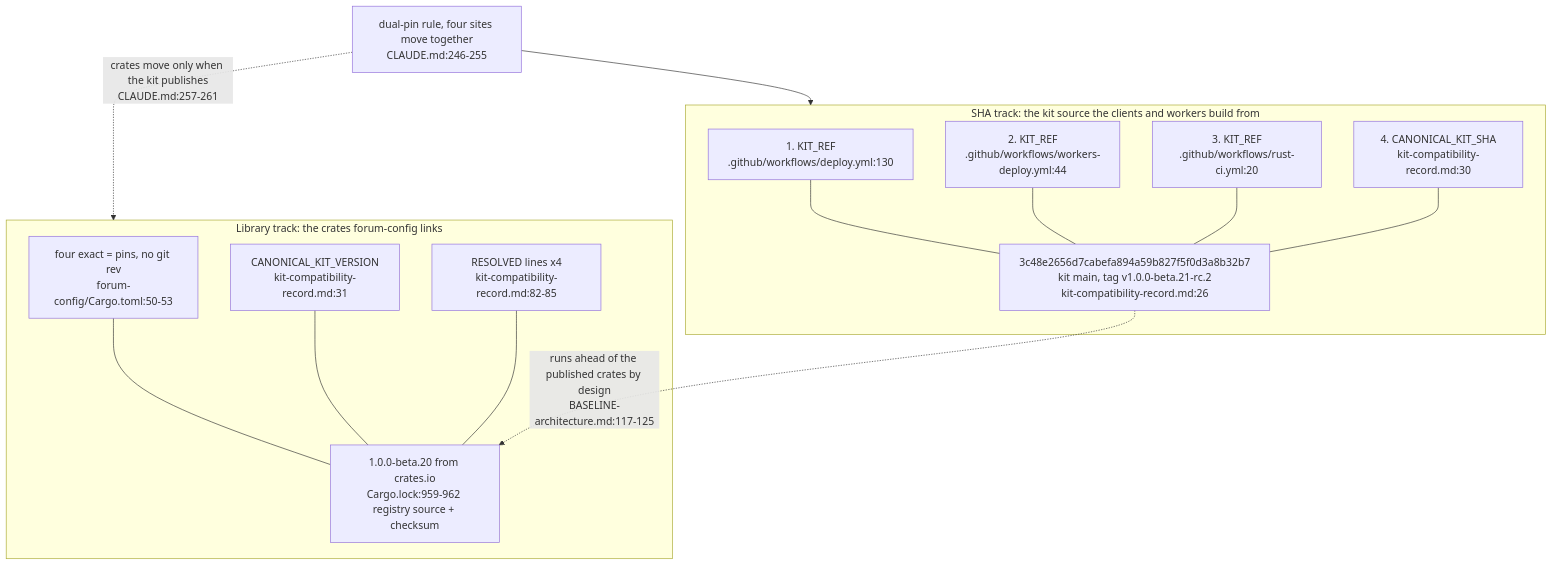
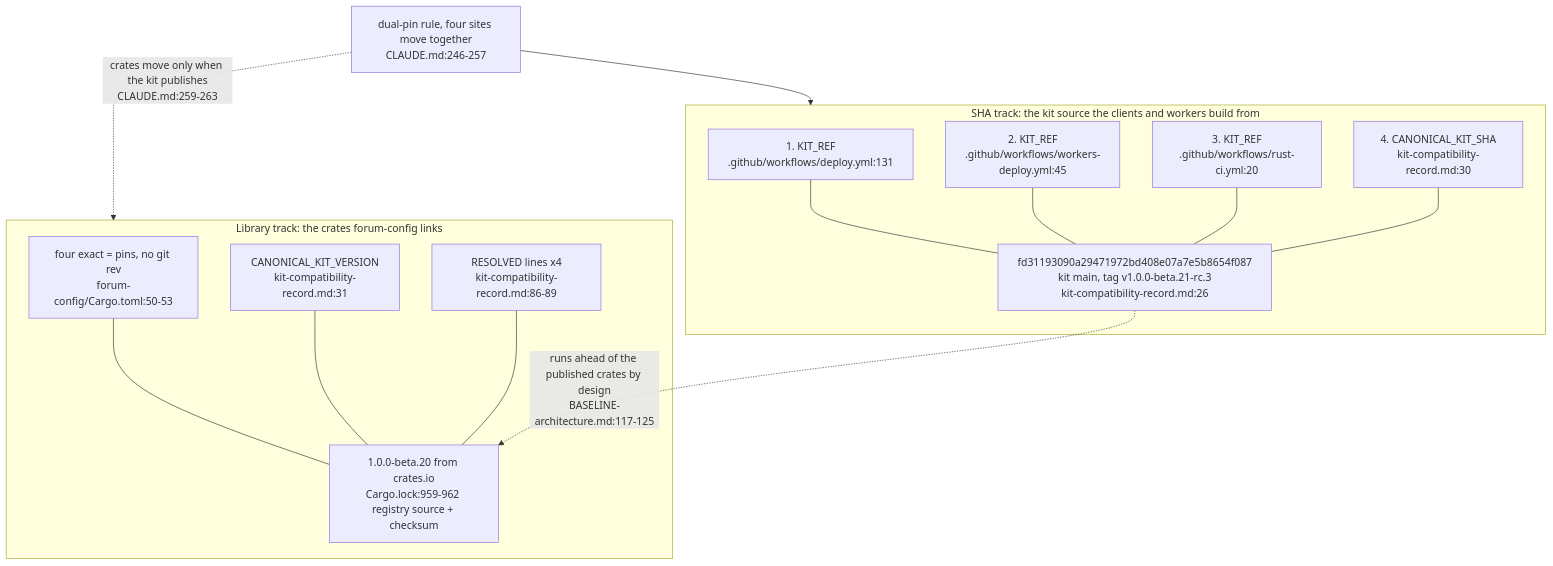
The fourth of 7 diagrams in docs/diagrams/dreamlab-ai-website/01-repo-composition-and-deploy-topology.md (DreamLab-AI/VisionFlow), drawn with Mermaid before and after one commit. The commit also changed other lines of this file and 8 other files, not shown here.

First line of the commit message:
diagrams(dreamlab-ai-website): re-verify DW-01..08 and DW-10 at e255b2b

````diff
--- a/docs/diagrams/dreamlab-ai-website/01-repo-composition-and-deploy-topology.md
+++ b/docs/diagrams/dreamlab-ai-website/01-repo-composition-and-deploy-topology.md
@@ -68,18 +68,18 @@
 ```mermaid
 flowchart TB
-    RULE["dual-pin rule, four sites move together<br/>CLAUDE.md:246-255"]
+    RULE["dual-pin rule, four sites move together<br/>CLAUDE.md:246-257"]
     subgraph SHAT["SHA track: the kit source the clients and workers build from"]
-        A["1. KIT_REF<br/>.github/workflows/deploy.yml:130"] --- SHA["3c48e2656d7cabefa894a59b827f5f0d3a8b32b7<br/>kit main, tag v1.0.0-beta.21-rc.2<br/>kit-compatibility-record.md:26"]
-        B["2. KIT_REF<br/>.github/workflows/workers-deploy.yml:44"] --- SHA
+        A["1. KIT_REF<br/>.github/workflows/deploy.yml:131"] --- SHA["fd31193090a29471972bd408e07a7e5b8654f087<br/>kit main, tag v1.0.0-beta.21-rc.3<br/>kit-compatibility-record.md:26"]
+        B["2. KIT_REF<br/>.github/workflows/workers-deploy.yml:45"] --- SHA
         C["3. KIT_REF<br/>.github/workflows/rust-ci.yml:20"] --- SHA
         D["4. CANONICAL_KIT_SHA<br/>kit-compatibility-record.md:30"] --- SHA
     end
     subgraph VERT["Library track: the crates forum-config links"]
         E["four exact = pins, no git rev<br/>forum-config/Cargo.toml:50-53"] --- VER["1.0.0-beta.20 from crates.io<br/>Cargo.lock:959-962 registry source + checksum"]
         F["CANONICAL_KIT_VERSION<br/>kit-compatibility-record.md:31"] --- VER
-        G["RESOLVED lines x4<br/>kit-compatibility-record.md:82-85"] --- VER
+        G["RESOLVED lines x4<br/>kit-compatibility-record.md:86-89"] --- VER
     end
     RULE --> SHAT
-    RULE -.->|"crates move only when the kit publishes<br/>CLAUDE.md:257-261"| VERT
+    RULE -.->|"crates move only when the kit publishes<br/>CLAUDE.md:259-263"| VERT
     SHA -.->|"runs ahead of the published crates by design<br/>BASELINE-architecture.md:117-125"| VER
 ```
````
